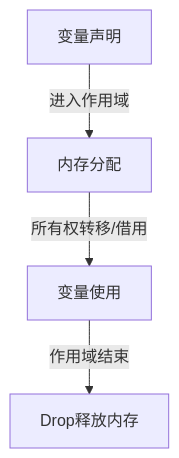
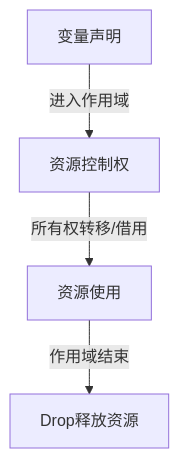
Before and after one commit to martin-ly/rust-lang: the first of 2 diagrams in docs/docs/language/core/01_ownership_borrowing/04_memory_management.md, drawn with Mermaid. The commit also changed other lines of this file and 51 other files, not shown here.

````diff
--- a/docs/docs/language/core/01_ownership_borrowing/04_memory_management.md
+++ b/docs/docs/language/core/01_ownership_borrowing/04_memory_management.md
@@ -114,6 +128,6 @@
 ```mermaid
 graph TD;
-    A[变量声明] --进入作用域--> B[内存分配];
-    B --所有权转移/借用--> C[变量使用];
-    C --作用域结束--> D[Drop释放内存];
+    A[变量声明] --进入作用域--> B[资源控制权];
+    B --所有权转移/借用--> C[资源使用];
+    C --作用域结束--> D[Drop释放资源];
 ```
````
